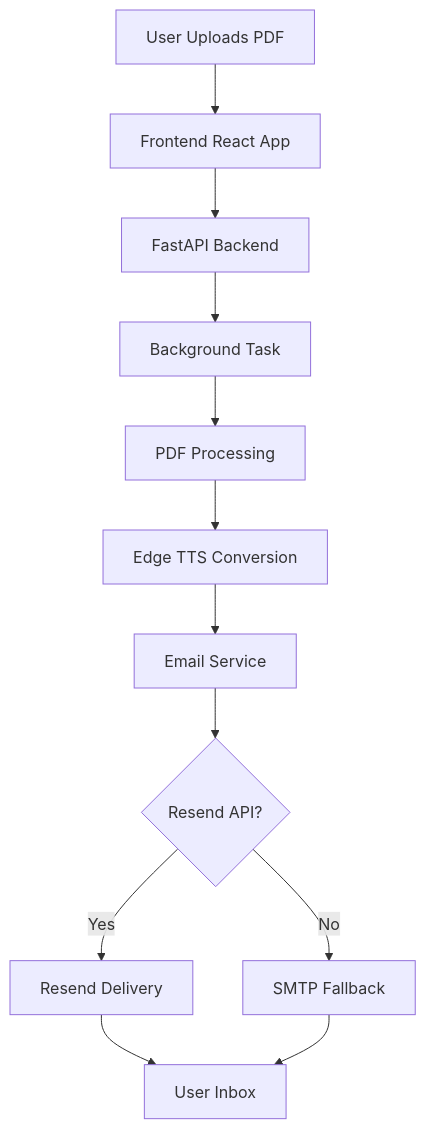
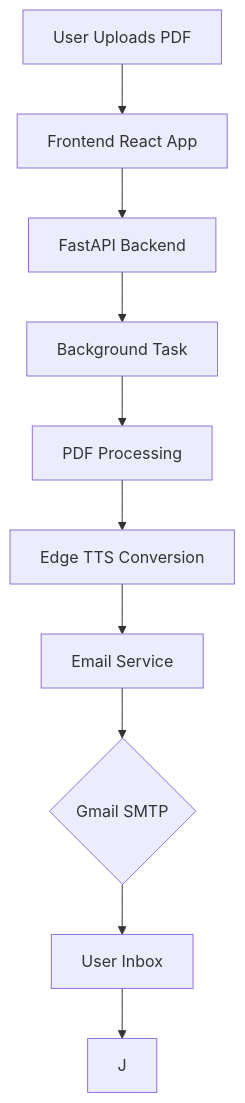
One commit to imHardik1606/SonifyReads changed the diagram in README.md. Above: the diagram before and after it, drawn with Mermaid. The commit also changed other lines of this file, not shown here.

````diff
--- a/README.md
+++ b/README.md
@@ -129,14 +131,12 @@
 ```mermaid
 graph TB
     A[User Uploads PDF] --> B[Frontend React App]
     B --> C[FastAPI Backend]
     C --> D[Background Task]
     D --> E[PDF Processing]
     E --> F[Edge TTS Conversion]
     F --> G[Email Service]
-    G --> H{Resend API?}
-    H -->|Yes| I[Resend Delivery]
-    H -->|No| J[SMTP Fallback]
-    I --> K[User Inbox]
-    J --> K
+    G --> H{Gmail SMTP}
+    H --> I[User Inbox]
+    I --> J
 ```
````
